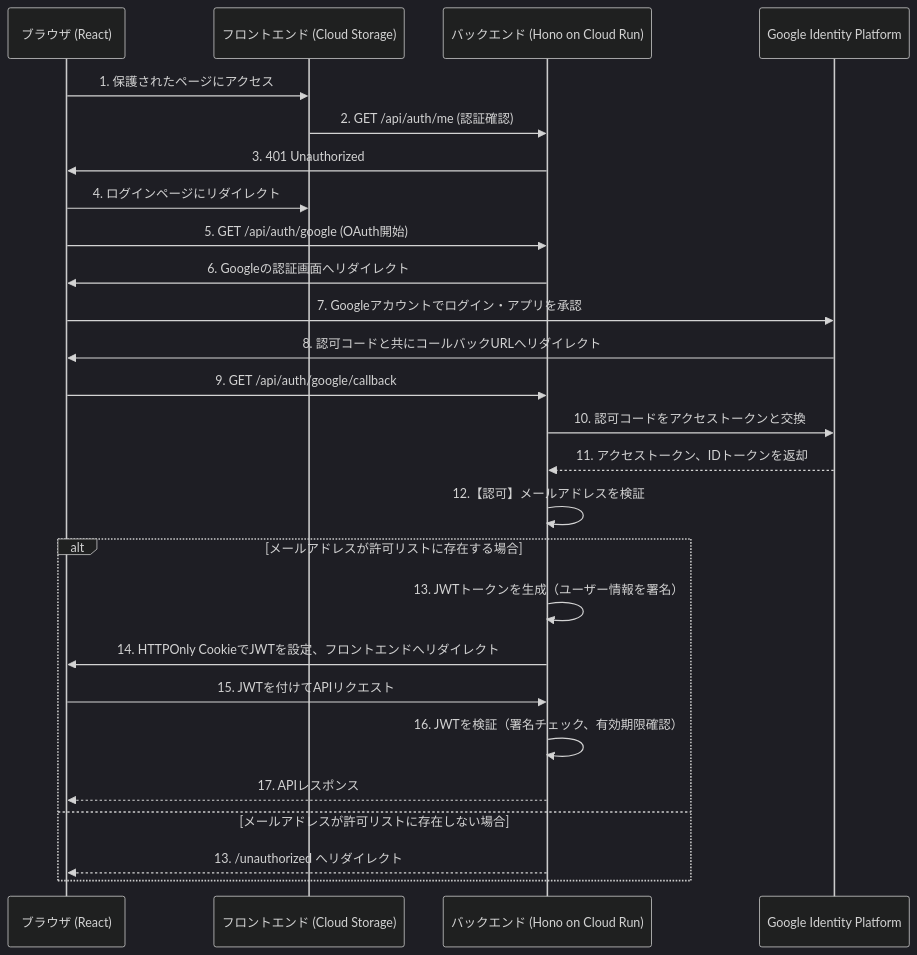
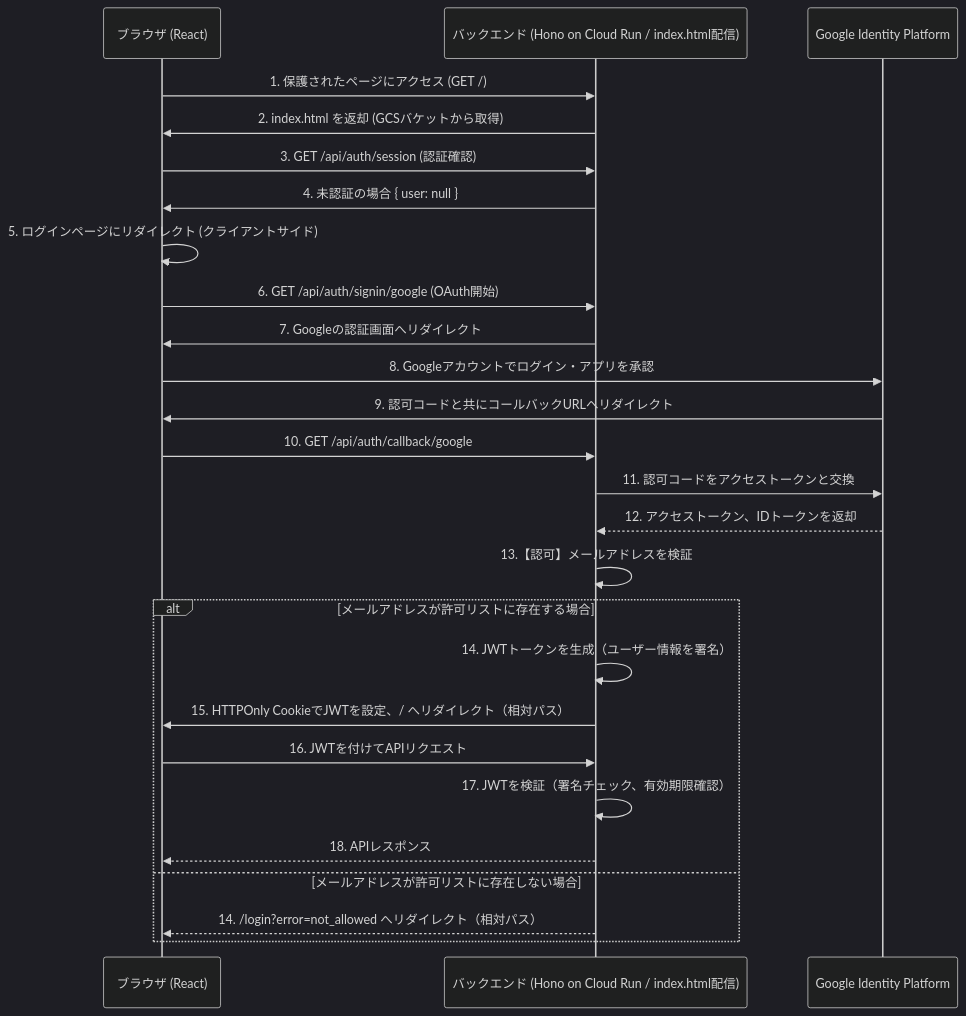
Before and after one commit to utky/preschool-agent: the diagram in docs/design/10_authentication.md, drawn with Mermaid (dark theme). The commit also changed other lines of this file and 5 other files, not shown here.

First line of the commit message:
docs: 同一オリジン構成(backend→index.html配信)に合わせてドキュメントを整合

````diff
--- a/docs/design/10_authentication.md
+++ b/docs/design/10_authentication.md
@@ -7,29 +7,29 @@
 ```mermaid
 sequenceDiagram
     participant Browser as ブラウザ (React)
-    participant Frontend as フロントエンド (Cloud Storage)
-    participant Backend as バックエンド (Hono on Cloud Run)
+    participant Backend as バックエンド (Hono on Cloud Run / index.html配信)
     participant Google as Google Identity Platform
 
-    Browser->>Frontend: 1. 保護されたページにアクセス
-    Frontend->>Backend: 2. GET /api/auth/me (認証確認)
-    Backend->>Browser: 3. 401 Unauthorized
-    Browser->>Frontend: 4. ログインページにリダイレクト
-    Browser->>Backend: 5. GET /api/auth/google (OAuth開始)
-    Backend->>Browser: 6. Googleの認証画面へリダイレクト
-    Browser->>Google: 7. Googleアカウントでログイン・アプリを承認
-    Google->>Browser: 8. 認可コードと共にコールバックURLへリダイレクト
-    Browser->>Backend: 9. GET /api/auth/google/callback
-    Backend->>Google: 10. 認可コードをアクセストークンと交換
-    Google-->>Backend: 11. アクセストークン、IDトークンを返却
-    Backend->>Backend: 12.【認可】メールアドレスを検証
+    Browser->>Backend: 1. 保護されたページにアクセス (GET /)
+    Backend->>Browser: 2. index.html を返却 (GCSバケットから取得)
+    Browser->>Backend: 3. GET /api/auth/session (認証確認)
+    Backend->>Browser: 4. 未認証の場合 { user: null }
+    Browser->>Browser: 5. ログインページにリダイレクト (クライアントサイド)
+    Browser->>Backend: 6. GET /api/auth/signin/google (OAuth開始)
+    Backend->>Browser: 7. Googleの認証画面へリダイレクト
+    Browser->>Google: 8. Googleアカウントでログイン・アプリを承認
+    Google->>Browser: 9. 認可コードと共にコールバックURLへリダイレクト
+    Browser->>Backend: 10. GET /api/auth/callback/google
+    Backend->>Google: 11. 認可コードをアクセストークンと交換
+    Google-->>Backend: 12. アクセストークン、IDトークンを返却
+    Backend->>Backend: 13.【認可】メールアドレスを検証
     alt メールアドレスが許可リストに存在する場合
-        Backend->>Backend: 13. JWTトークンを生成（ユーザー情報を署名）
-        Backend->>Browser: 14. HTTPOnly CookieでJWTを設定、フロントエンドへリダイレクト
-        Browser->>Backend: 15. JWTを付けてAPIリクエスト
-        Backend->>Backend: 16. JWTを検証（署名チェック、有効期限確認）
-        Backend-->>Browser: 17. APIレスポンス
+        Backend->>Backend: 14. JWTトークンを生成（ユーザー情報を署名）
+        Backend->>Browser: 15. HTTPOnly CookieでJWTを設定、/ へリダイレクト（相対パス）
+        Browser->>Backend: 16. JWTを付けてAPIリクエスト
+        Backend->>Backend: 17. JWTを検証（署名チェック、有効期限確認）
+        Backend-->>Browser: 18. APIレスポンス
     else メールアドレスが許可リストに存在しない場合
-        Backend-->>Browser: 13. /unauthorized へリダイレクト
+        Backend-->>Browser: 14. /login?error=not_allowed へリダイレクト（相対パス）
     end
 ```
````
